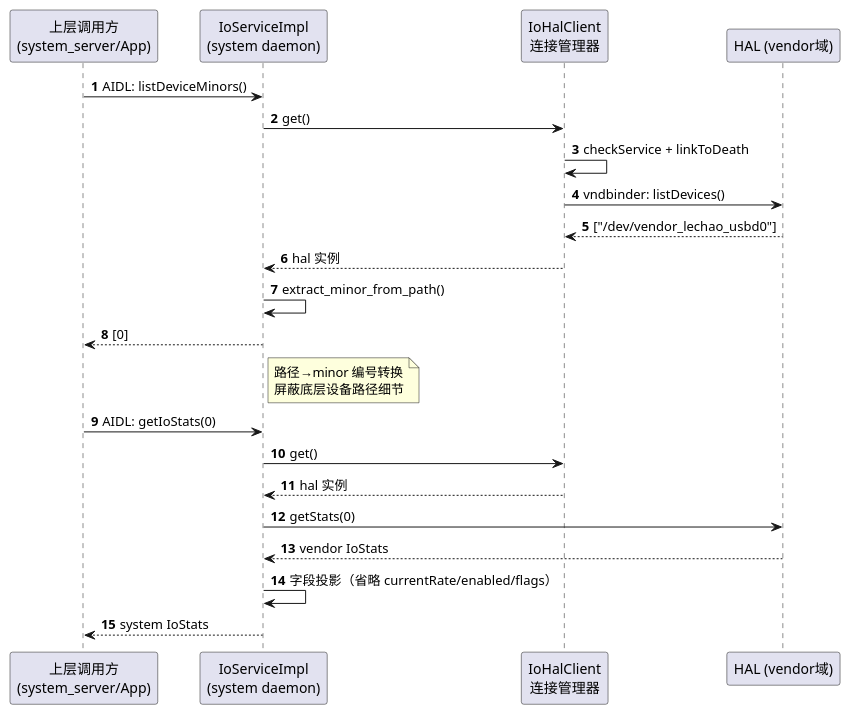
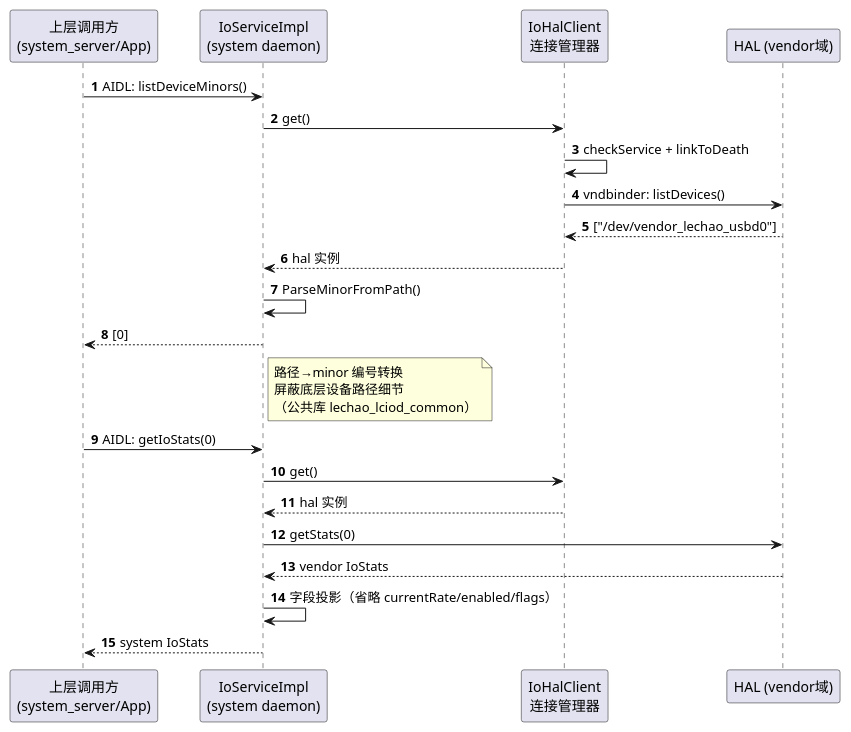
Before and after one commit to lechao365/AndroidSystemEnhance: the first of 17 diagrams in 02-IO增强/02.03-Daemon增强-lciod-daemon.md, drawn with PlantUML. The commit also changed other lines of this file and 28 other files, not shown here.

````diff
--- a/02-IO增强/02.03-Daemon增强-lciod-daemon.md
+++ b/02-IO增强/02.03-Daemon增强-lciod-daemon.md
@@ -36,28 +36,28 @@
 ```plantuml
 @startuml
 autonumber
 participant "上层调用方\n(system_server/App)" as UP
 participant "IoServiceImpl\n(system daemon)" as DAEMON
 participant "IoHalClient\n连接管理器" as CLIENT
 participant "HAL (vendor域)" as HAL
 
 UP -> DAEMON : AIDL: listDeviceMinors()
 DAEMON -> CLIENT : get()
 CLIENT -> CLIENT : checkService + linkToDeath
 CLIENT -> HAL : vndbinder: listDevices()
 HAL --> CLIENT : ["/dev/vendor_lechao_usbd0"]
 CLIENT --> DAEMON : hal 实例
-DAEMON -> DAEMON : extract_minor_from_path()
+DAEMON -> DAEMON : ParseMinorFromPath()
 DAEMON --> UP : [0]
 
-note right of DAEMON: 路径→minor 编号转换\n屏蔽底层设备路径细节
+note right of DAEMON: 路径→minor 编号转换\n屏蔽底层设备路径细节\n（公共库 lechao_lciod_common）
 
 UP -> DAEMON : AIDL: getIoStats(0)
 DAEMON -> CLIENT : get()
 CLIENT --> DAEMON : hal 实例
 DAEMON -> HAL : getStats(0)
 HAL --> DAEMON : vendor IoStats
 DAEMON -> DAEMON : 字段投影（省略 currentRate/enabled/flags）
 DAEMON --> UP : system IoStats
 @enduml
 ```
````
